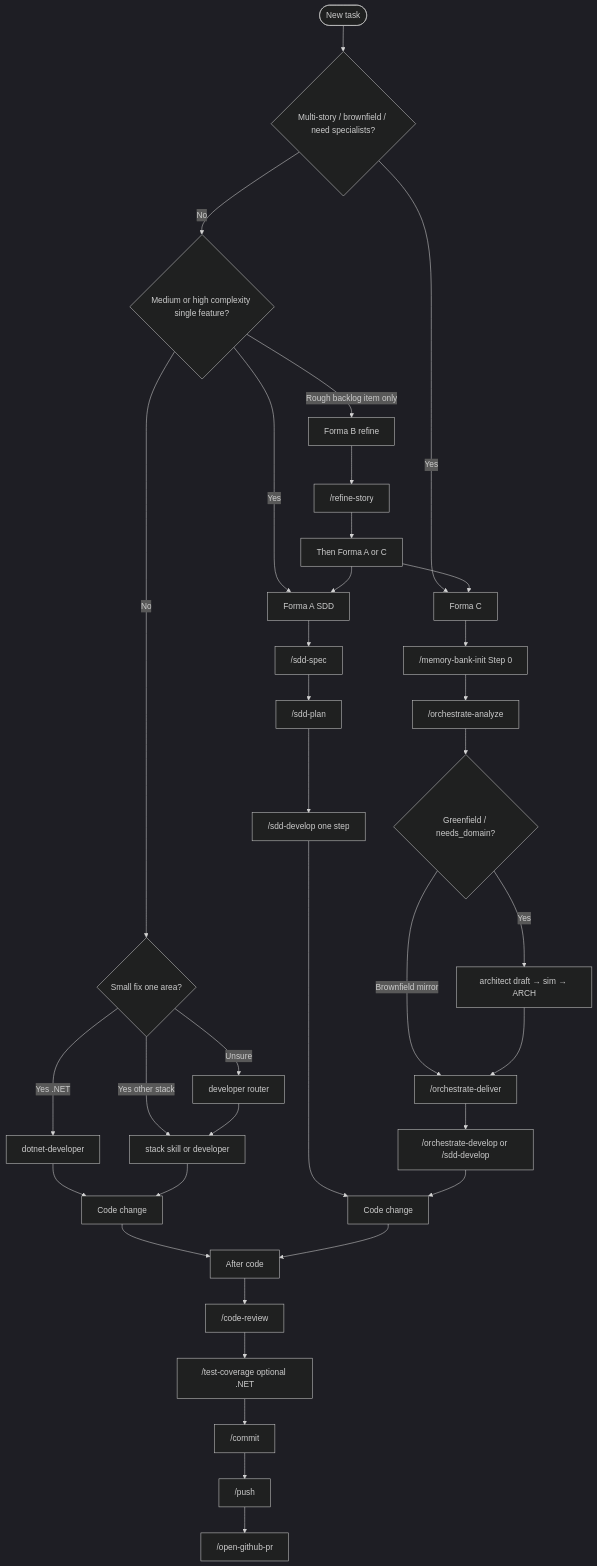
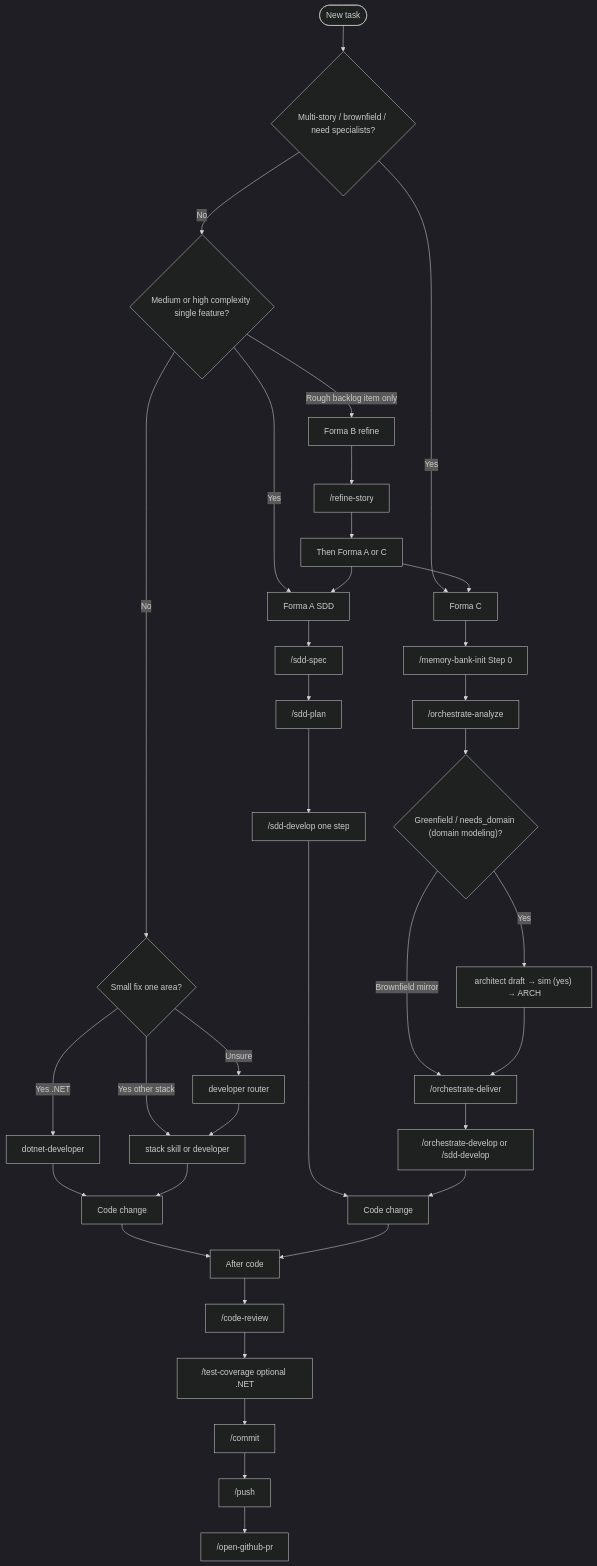
The diagram in docs-site/using-skills.md (tibursocampos/agent-dev-toolkit), drawn with Mermaid (dark theme) before and after one commit. The commit also changed other lines of this file and 11 other files, not shown here.

````diff
--- a/docs-site/using-skills.md
+++ b/docs-site/using-skills.md
@@ -13,38 +13,38 @@
 ```mermaid
 flowchart TD
   Start([New task]) --> Q1{Multi-story / brownfield / need specialists?}
   Q1 -->|Yes| FC[Forma C]
   Q1 -->|No| Q2{Medium or high complexity single feature?}
   Q2 -->|Yes| SDD[Forma A SDD]
   Q2 -->|Rough backlog item only| FB[Forma B refine]
   Q2 -->|No| Q3{Small fix one area?}
   Q3 -->|Yes .NET| NET[dotnet-developer]
   Q3 -->|Yes other stack| STACK[stack skill or developer]
   Q3 -->|Unsure| DEV[developer router]
   FC --> S0["/memory-bank-init Step 0"]
   S0 --> O1["/orchestrate-analyze"]
-  O1 --> ArchGate{"Greenfield / needs_domain?"}
-  ArchGate -->|Yes| Confirm["architect draft → sim → ARCH"]
+  O1 --> ArchGate{"Greenfield / needs_domain (domain modeling)?"}
+  ArchGate -->|Yes| Confirm["architect draft → sim (yes) → ARCH"]
   ArchGate -->|Brownfield mirror| O2
   Confirm --> O2["/orchestrate-deliver"]
   O2 --> O3["/orchestrate-develop or /sdd-develop"]
   FB --> Refine["/refine-story"]
   Refine --> AorC[Then Forma A or C]
   SDD --> Spec["/sdd-spec"]
   Spec --> Plan["/sdd-plan"]
   Plan --> Impl["/sdd-develop one step"]
   NET --> DoneNet[Code change]
   STACK --> DoneNet
   DEV --> STACK
   Impl --> DoneSdd[Code change]
   O3 --> DoneSdd
   AorC --> SDD
   AorC --> FC
   DoneNet --> Post
   DoneSdd --> Post
   Post[After code] --> CR["/code-review"]
   CR --> TC["/test-coverage optional .NET"]
   TC --> Commit["/commit"]
   Commit --> Push["/push"]
   Push --> PR["/open-github-pr"]
 ```
````
